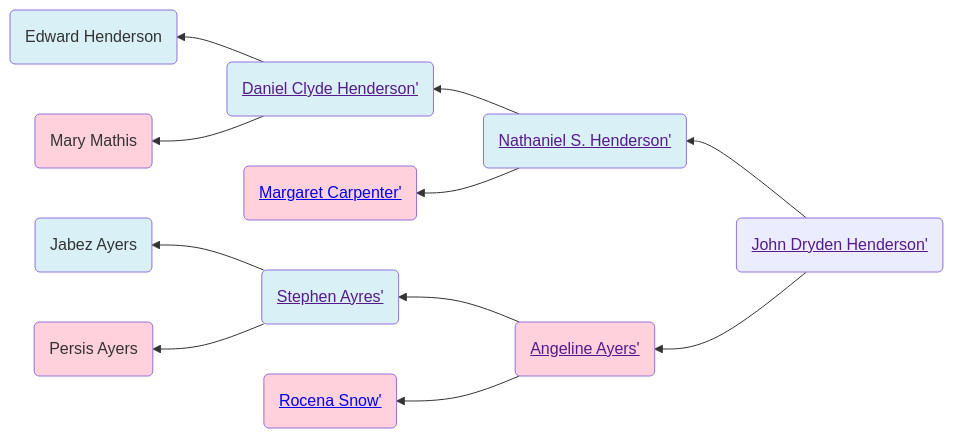
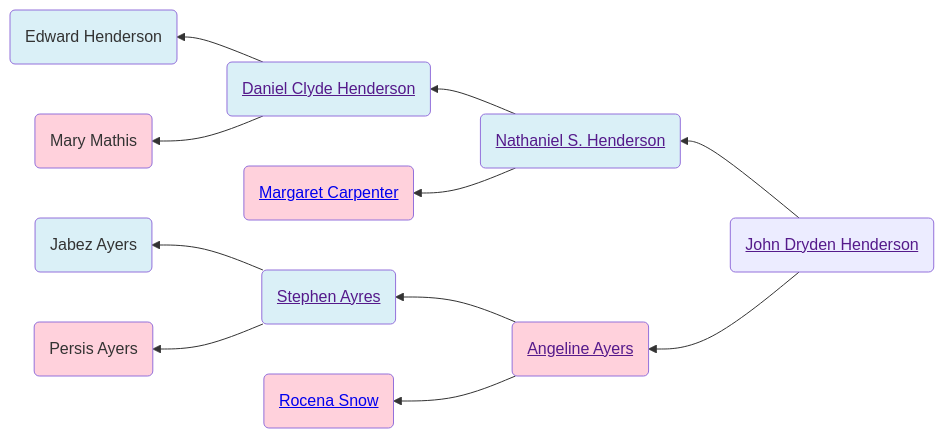
The first of 2 diagrams in familyhistory/sources/people/Henderson-line/John_Dryden_Henderson.qmd (neelsmith/avocational), drawn with Mermaid before and after one commit. The commit also changed other lines of this file and 96 other files, not shown here.

````diff
--- a/familyhistory/sources/people/Henderson-line/John_Dryden_Henderson.qmd
+++ b/familyhistory/sources/people/Henderson-line/John_Dryden_Henderson.qmd
@@ -26,28 +26,28 @@
 ```{mermaid}
 graph RL
 %% RL ancestor diagram
-John_Dryden_Henderson(<a href=''>John Dryden Henderson'</>) -->  Nathaniel_S._Henderson(<a href='./Nathaniel_S._Henderson.html'>Nathaniel S. Henderson'</>)
-Nathaniel_S._Henderson(<a href=''>Nathaniel S. Henderson'</>) -->  Daniel_Clyde_Henderson(<a href='./Daniel_Clyde_Henderson.html'>Daniel Clyde Henderson'</>)
-Daniel_Clyde_Henderson(<a href=''>Daniel Clyde Henderson'</>) -->  Edward_Henderson(Edward Henderson)
+John_Dryden_Henderson(<a href=''>John Dryden Henderson</a>) -->  Nathaniel_S._Henderson(<a href='./Nathaniel_S._Henderson.html'>Nathaniel S. Henderson</a>)
+Nathaniel_S._Henderson(<a href=''>Nathaniel S. Henderson</a>) -->  Daniel_Clyde_Henderson(<a href='./Daniel_Clyde_Henderson.html'>Daniel Clyde Henderson</a>)
+Daniel_Clyde_Henderson(<a href=''>Daniel Clyde Henderson</a>) -->  Edward_Henderson(Edward Henderson)
 class Edward_Henderson father
-Daniel_Clyde_Henderson(<a href=''>Daniel Clyde Henderson'</>)  --> Mary_Mathis(Mary Mathis)
+Daniel_Clyde_Henderson(<a href=''>Daniel Clyde Henderson</a>)  --> Mary_Mathis(Mary Mathis)
 class Mary_Mathis mother
 class Daniel_Clyde_Henderson father
-Nathaniel_S._Henderson(<a href=''>Nathaniel S. Henderson'</>)  --> Margaret_Carpenter(<a href='./Carpenter-line/Margaret_Carpenter.html'>Margaret Carpenter'</>)
+Nathaniel_S._Henderson(<a href=''>Nathaniel S. Henderson</a>)  --> Margaret_Carpenter(<a href='./Carpenter-line/Margaret_Carpenter.html'>Margaret Carpenter</a>)
 class Margaret_Carpenter mother
 class Nathaniel_S._Henderson father
-John_Dryden_Henderson(<a href=''>John Dryden Henderson'</>)  --> Angeline_Ayers(<a href='./Ayers-line/Angeline_Ayers.html'>Angeline Ayers'</>)
-Angeline_Ayers(<a href=''>Angeline Ayers'</>) -->  Stephen_Ayres(<a href='./Stephen_Ayres.html'>Stephen Ayres'</>)
-Stephen_Ayres(<a href=''>Stephen Ayres'</>) -->  Jabez_Ayers(Jabez Ayers)
+John_Dryden_Henderson(<a href=''>John Dryden Henderson</a>)  --> Angeline_Ayers(<a href='./Ayers-line/Angeline_Ayers.html'>Angeline Ayers</a>)
+Angeline_Ayers(<a href=''>Angeline Ayers</a>) -->  Stephen_Ayres(<a href='./Stephen_Ayres.html'>Stephen Ayres</a>)
+Stephen_Ayres(<a href=''>Stephen Ayres</a>) -->  Jabez_Ayers(Jabez Ayers)
 class Jabez_Ayers father
-Stephen_Ayres(<a href=''>Stephen Ayres'</>)  --> Persis_Ayers(Persis Ayers)
+Stephen_Ayres(<a href=''>Stephen Ayres</a>)  --> Persis_Ayers(Persis Ayers)
 class Persis_Ayers mother
 class Stephen_Ayres father
-Angeline_Ayers(<a href=''>Angeline Ayers'</>)  --> Rocena_Snow(<a href='./Rocena_Snow.html'>Rocena Snow'</>)
+Angeline_Ayers(<a href=''>Angeline Ayers</a>)  --> Rocena_Snow(<a href='./Rocena_Snow.html'>Rocena Snow</a>)
 class Rocena_Snow mother
 class Angeline_Ayers mother
 classDef mother fill:#ffd1dc
 classDef father fill:#daf0f7  
 classDef marriage fill:#ffffff
 
 ```
````
